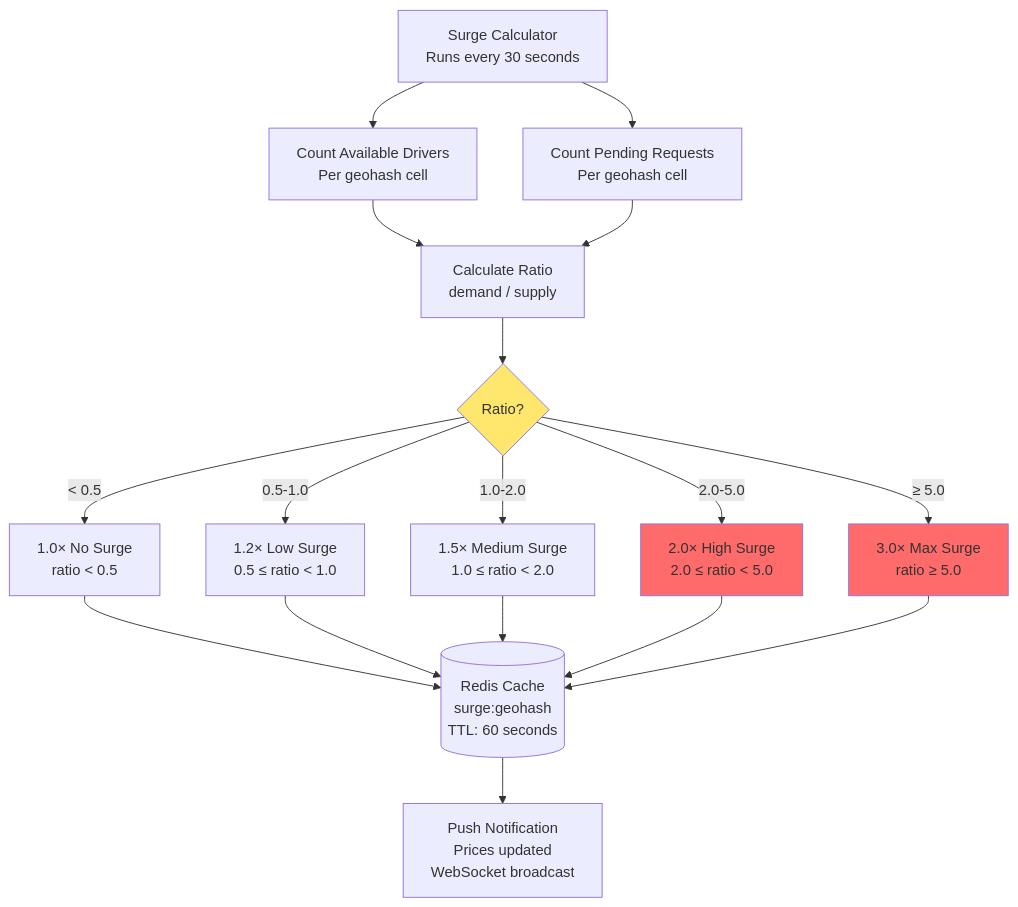
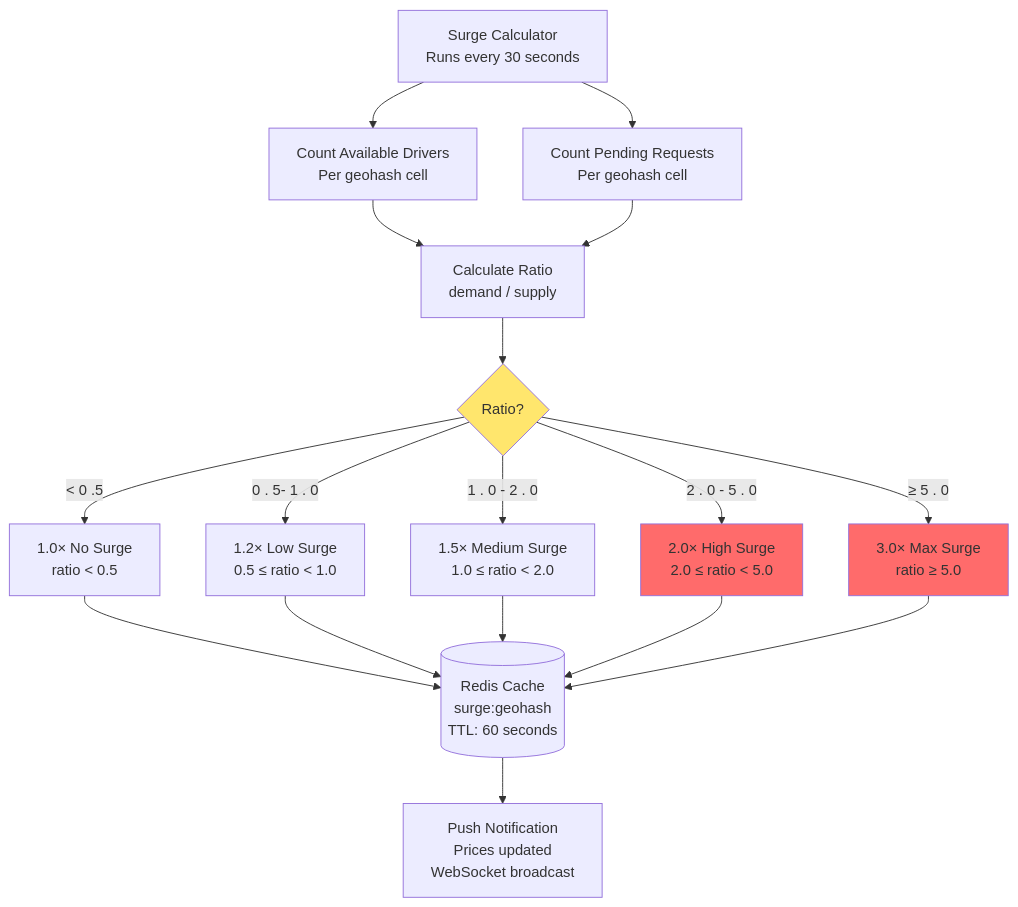
One commit to piyush7199/hld-architecture-handbook changed diagram 11 of 14 in 03-challenges/3.3.2-uber-ride-matching/hld-diagram.md. Above: the diagram before and after it, drawn with Mermaid. The commit also changed other lines of this file and 23 other files, not shown here.

````diff
--- a/03-challenges/3.3.2-uber-ride-matching/hld-diagram.md
+++ b/03-challenges/3.3.2-uber-ride-matching/hld-diagram.md
@@ -784,48 +778,43 @@
 ```mermaid
 graph TB
     Timer[Surge Calculator<br/>Runs every 30 seconds]
-    
     DriverCount[Count Available Drivers<br/>Per geohash cell]
-    
     RiderCount[Count Pending Requests<br/>Per geohash cell]
-    
     RatioCalc[Calculate Ratio<br/>demand / supply]
-    
     MultiplierLogic{Ratio?}
-    
     Surge1[1.0× No Surge<br/>ratio < 0.5]
-    Surge2[1.2× Low Surge<br/>0.5 ≤ ratio < 1.0]
-    Surge3[1.5× Medium Surge<br/>1.0 ≤ ratio < 2.0]
-    Surge4[2.0× High Surge<br/>2.0 ≤ ratio < 5.0]
-    Surge5[3.0× Max Surge<br/>ratio ≥ 5.0]
-    
-    RedisUpdate[(Redis Cache<br/>surge:geohash<br/>TTL: 60 seconds)]
-    
-    NotifyRiders[Push Notification<br/>Prices updated<br/>WebSocket broadcast]
-    
-    Timer --> DriverCount
-    Timer --> RiderCount
-    
-    DriverCount --> RatioCalc
-    RiderCount --> RatioCalc
-    
-    RatioCalc --> MultiplierLogic
-    
-    MultiplierLogic -->|< 0.5| Surge1
-    MultiplierLogic -->|0.5-1.0| Surge2
-    MultiplierLogic -->|1.0-2.0| Surge3
-    MultiplierLogic -->|2.0-5.0| Surge4
-    MultiplierLogic -->|≥ 5.0| Surge5
-    
-    Surge1 --> RedisUpdate
-    Surge2 --> RedisUpdate
-    Surge3 --> RedisUpdate
-    Surge4 --> RedisUpdate
-    Surge5 --> RedisUpdate
-    
-    RedisUpdate --> NotifyRiders
-    
-    style MultiplierLogic fill:#ffe66d
-    style Surge4 fill:#ff6b6b
-    style Surge5 fill:#ff6b6b
+Surge2[1.2× Low Surge<br/>0.5 ≤ ratio < 1.0]
+Surge3[1.5× Medium Surge<br/>1.0 ≤ ratio < 2.0]
+Surge4[2.0× High Surge<br/>2.0 ≤ ratio < 5.0]
+Surge5[3.0× Max Surge<br/>ratio ≥ 5.0]
+
+RedisUpdate[(Redis Cache<br/>surge:geohash<br/>TTL: 60 seconds)]
+
+NotifyRiders[Push Notification<br/>Prices updated<br/>WebSocket broadcast]
+
+Timer --> DriverCount
+Timer --> RiderCount
+
+DriverCount --> RatioCalc
+RiderCount --> RatioCalc
+
+RatioCalc --> MultiplierLogic
+
+MultiplierLogic -->|< 0 .5|Surge1
+MultiplierLogic -->|0 . 5- 1 . 0|Surge2
+MultiplierLogic -->|1 . 0 - 2 . 0|Surge3
+MultiplierLogic -->|2 . 0 - 5 . 0|Surge4
+MultiplierLogic -->|≥ 5 . 0|Surge5
+
+Surge1 --> RedisUpdate
+Surge2 --> RedisUpdate
+Surge3 --> RedisUpdate
+Surge4 --> RedisUpdate
+Surge5 --> RedisUpdate
+
+RedisUpdate --> NotifyRiders
+
+style MultiplierLogic fill: #ffe66d
+style Surge4 fill:#ff6b6b
+style Surge5 fill: #ff6b6b
 ```
````
